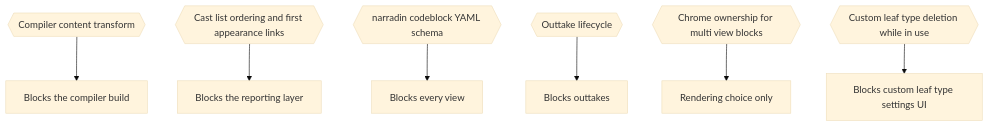
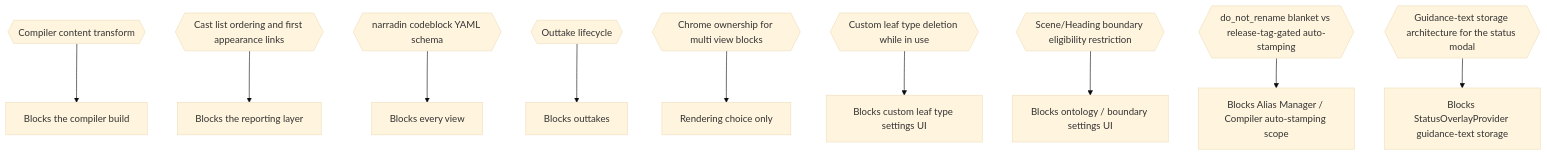
The diagram in docs/spec/15-open-questions.md (mlao-pdx/obsidian-plugin), drawn with Mermaid (base theme) before and after one commit. The commit also changed other lines of this file and 19 other files, not shown here.

````diff
--- a/docs/spec/15-open-questions.md
+++ b/docs/spec/15-open-questions.md
@@ -25,21 +37,30 @@
 ```mermaid
 flowchart TD
     Q2{{Compiler content transform}}
     Q3{{Cast list ordering and first appearance links}}
     Q5{{narradin codeblock YAML schema}}
     Q16c{{Outtake lifecycle}}
     Q16d{{Chrome ownership for multi view blocks}}
     Q17{{Custom leaf type deletion while in use}}
+    Q18{{Scene/Heading boundary eligibility restriction}}
+    Q19{{do_not_rename blanket vs release-tag-gated auto-stamping}}
+    Q20{{Guidance-text storage architecture for the status modal}}
     B1[Blocks the compiler build]
     B2[Blocks the reporting layer]
     B3[Blocks every view]
     B4[Blocks outtakes]
     B5[Rendering choice only]
     B6[Blocks custom leaf type settings UI]
+    B7[Blocks ontology / boundary settings UI]
+    B8[Blocks Alias Manager / Compiler auto-stamping scope]
+    B9[Blocks StatusOverlayProvider guidance-text storage]
     Q2 --> B1
     Q3 --> B2
     Q5 --> B3
     Q16c --> B4
     Q16d --> B5
     Q17 --> B6
+    Q18 --> B7
+    Q19 --> B8
+    Q20 --> B9
 ```
````
